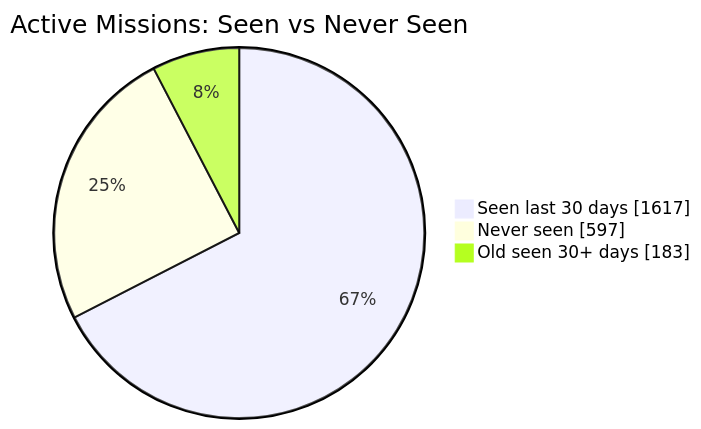
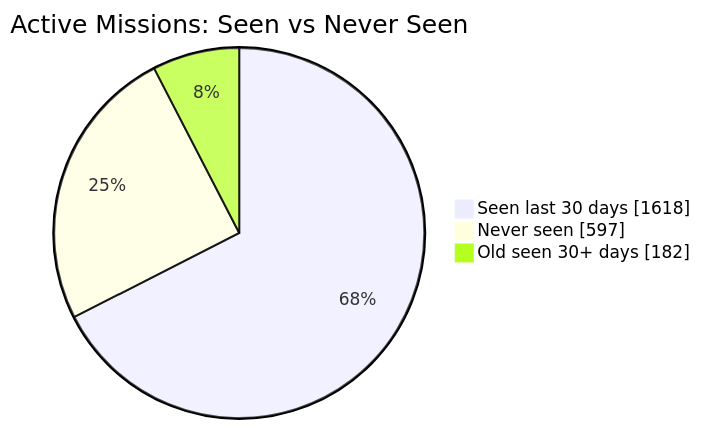
Before and after one commit to MeldkamerspelGameTeam/active-missions: the first of 2 diagrams in README.md, drawn with Mermaid. The commit also changed other lines of this file and 2 other files, not shown here.

````diff
--- a/README.md
+++ b/README.md
@@ -34,7 +34,7 @@
 ```mermaid
 pie showData
     title Active Missions: Seen vs Never Seen
-    "Seen last 30 days" : 1617
+    "Seen last 30 days" : 1618
     "Never seen" : 597
-    "Old seen 30+ days" : 183
+    "Old seen 30+ days" : 182
 ```
````
